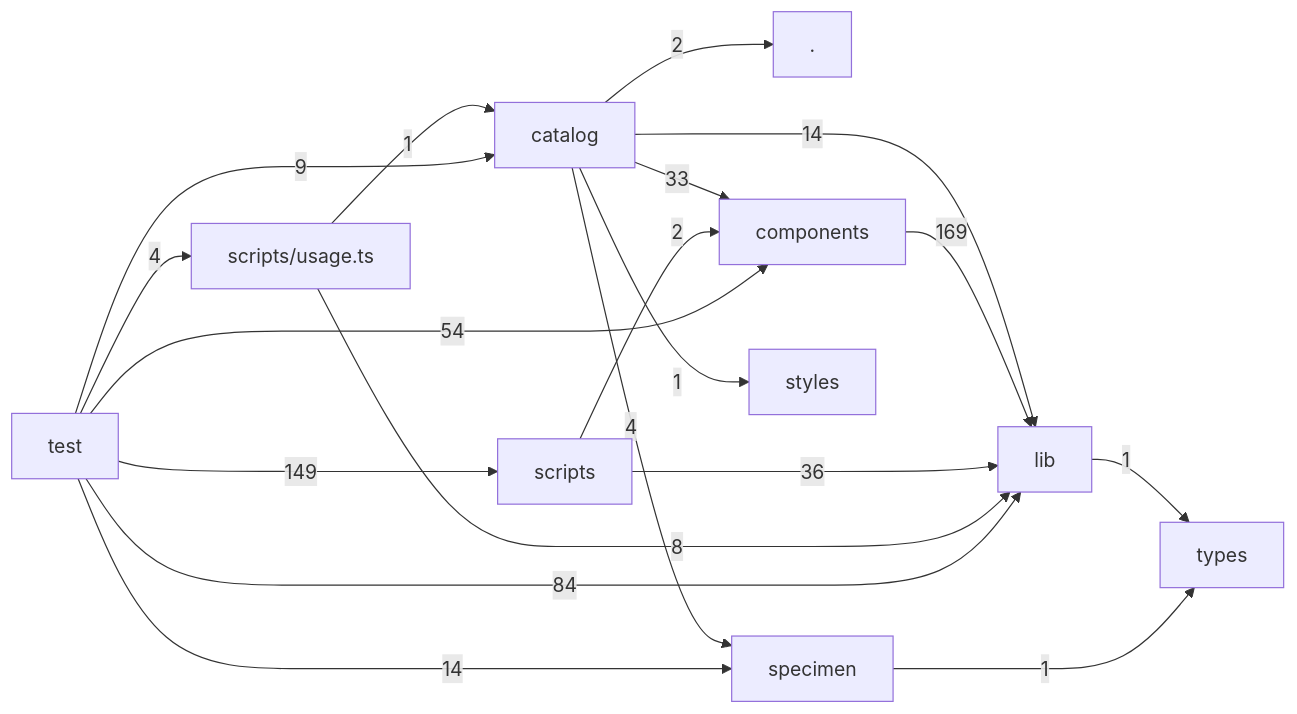
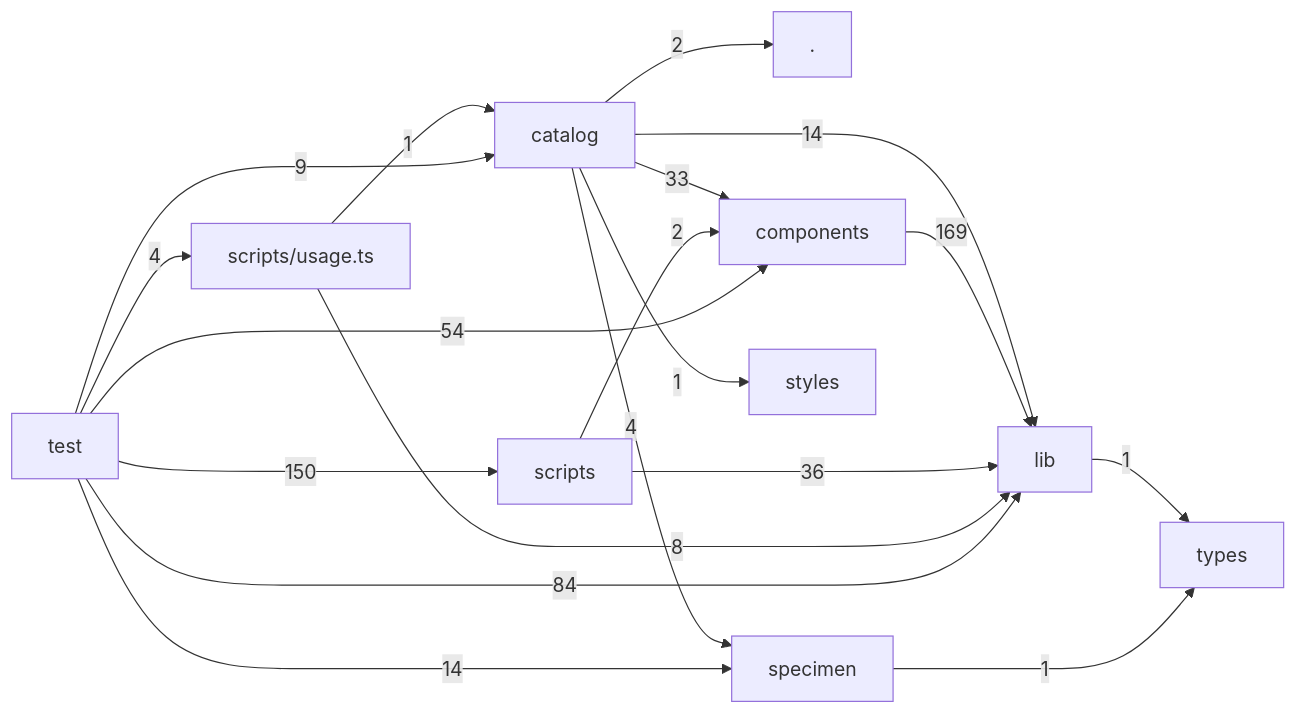
One commit to hackersandwizards/slides changed the diagram in docs/architecture/layers.md. Above: the diagram before and after it, drawn with Mermaid. The commit also changed 23 other files, not shown here.

````diff
--- a/docs/architecture/layers.md
+++ b/docs/architecture/layers.md
@@ -3,31 +3,31 @@
 ```mermaid
 graph LR
   L0["."]
   L1["catalog"]
   L2["components"]
   L3["lib"]
   L4["scripts"]
   L5["scripts/usage.ts"]
   L6["specimen"]
   L7["styles"]
   L8["test"]
   L9["types"]
   L1 -->|2| L0
   L1 -->|33| L2
   L1 -->|14| L3
   L1 -->|4| L6
   L1 -->|1| L7
   L2 -->|169| L3
   L3 -->|1| L9
   L4 -->|2| L2
   L4 -->|36| L3
   L5 -->|1| L1
   L5 -->|8| L3
   L6 -->|1| L9
   L8 -->|9| L1
   L8 -->|54| L2
   L8 -->|84| L3
-  L8 -->|149| L4
+  L8 -->|150| L4
   L8 -->|4| L5
   L8 -->|14| L6
 ```
````
